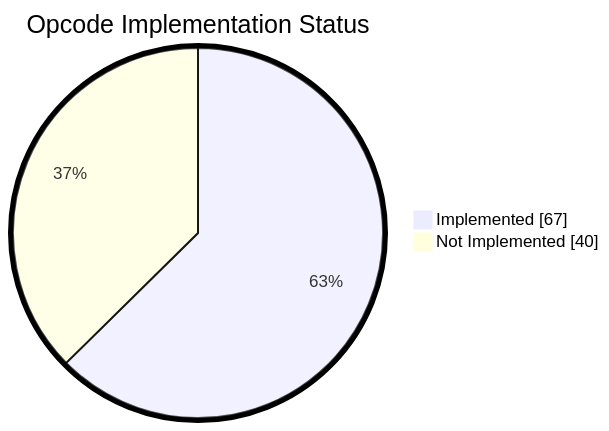
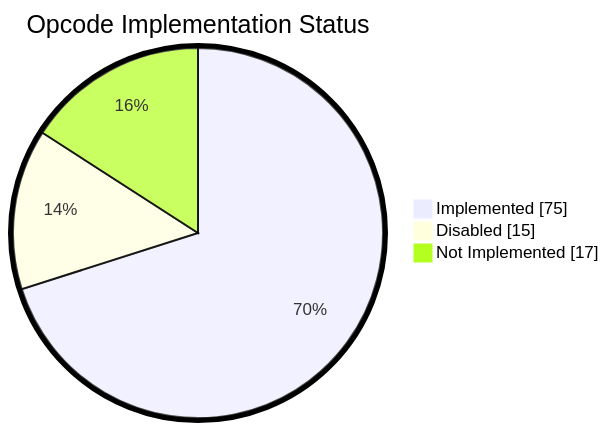
Before and after one commit to keep-starknet-strange/shinigami: the diagram in README.md, drawn with Mermaid. The commit also changed other lines of this file and 6 other files, not shown here.

````diff
--- a/README.md
+++ b/README.md
@@ -54,7 +54,8 @@
 ```mermaid
 %%{init: {"pie": {"textPosition": 0.75}, "themeVariables": {"pieOuterStrokeWidth": "5px"}} }%%
 pie showData
     title Opcode Implementation Status
-    "Implemented" : 67
-    "Not Implemented" : 40
+    "Implemented" : 75
+    "Disabled" : 15
+    "Not Implemented" : 17
 ```
````
